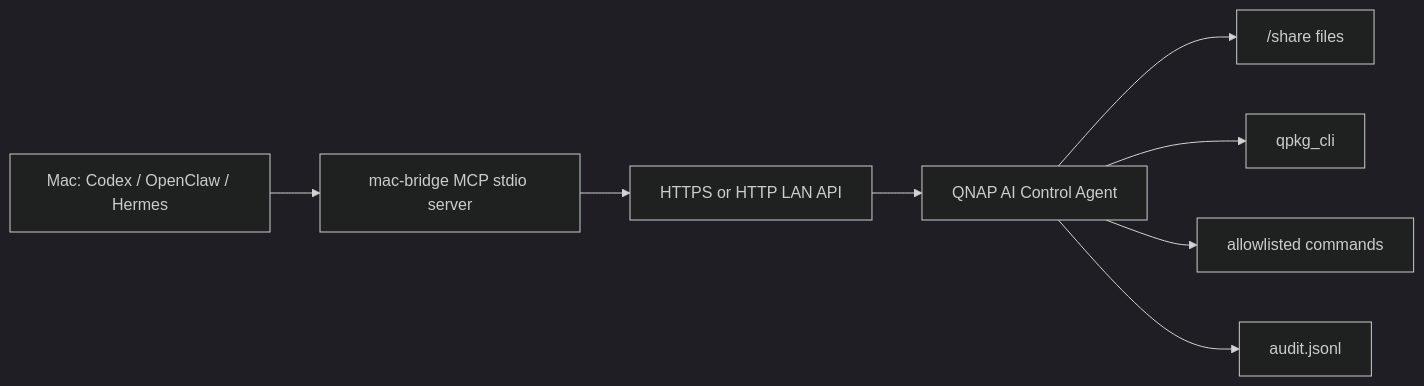
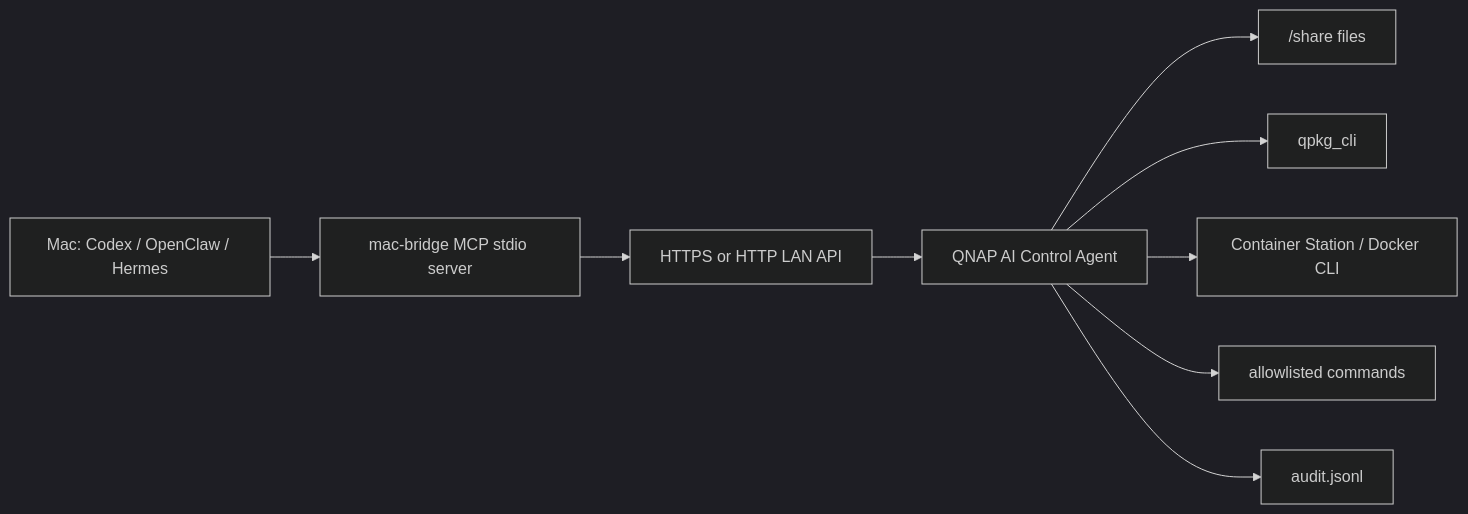
The diagram in docs/architecture.md (zyk1172/qnap-ai-control-suite), drawn with Mermaid (dark theme) before and after one commit. The commit also changed other lines of this file and 15 other files, not shown here.

Commit message:
Add Docker container management tools

````diff
--- a/docs/architecture.md
+++ b/docs/architecture.md
@@ -5,10 +5,11 @@
 ```mermaid
 flowchart LR
   Mac["Mac: Codex / OpenClaw / Hermes"] --> MCP["mac-bridge MCP stdio server"]
   MCP --> HTTP["HTTPS or HTTP LAN API"]
   HTTP --> Agent["QNAP AI Control Agent"]
   Agent --> Files["/share files"]
   Agent --> QPKG["qpkg_cli"]
+  Agent --> Docker["Container Station / Docker CLI"]
   Agent --> Cmd["allowlisted commands"]
   Agent --> Audit["audit.jsonl"]
 ```
````
